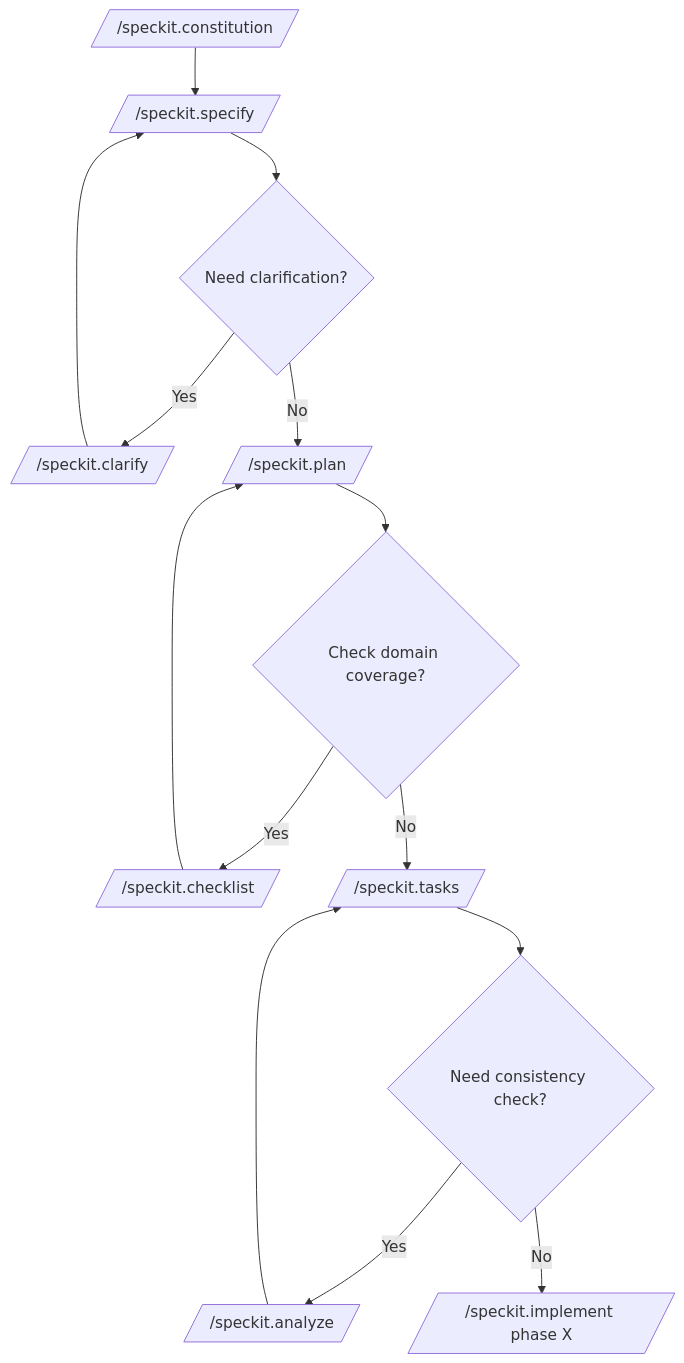
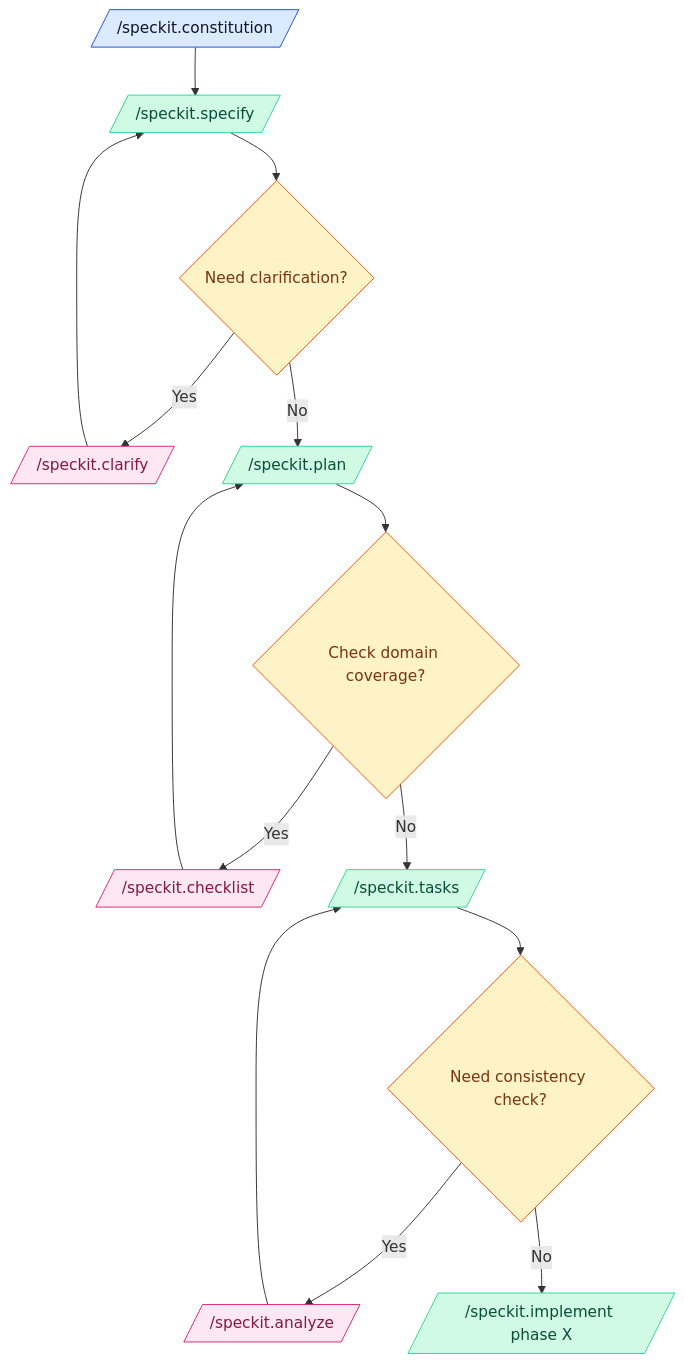
Before and after one commit to stefaniuk/promptfiles-copilot: the diagram in README.md, drawn with Mermaid. The commit also changed other lines of this file, not shown here.

````diff
--- a/README.md
+++ b/README.md
@@ -115,19 +50,29 @@
 ```mermaid
 flowchart TD
   constitution[//speckit.constitution/] --> specify[//speckit.specify/]
 
   specify --> needClarification{Need clarification?}
   needClarification -- Yes --> clarify[//speckit.clarify/]
   clarify --> specify
   needClarification -- No --> plan[//speckit.plan/]
 
   plan --> domainCoverage{Check domain coverage?}
   domainCoverage -- Yes --> checklist[//speckit.checklist/]
   checklist --> plan
   domainCoverage -- No --> tasks[//speckit.tasks/]
 
   tasks --> consistency{Need consistency check?}
   consistency -- Yes --> analyze[//speckit.analyze/]
   analyze --> tasks
   consistency -- No --> implement[//speckit.implement phase X/]
+
+  classDef source fill:#dbeafe,stroke:#1d4ed8,color:#0f172a,stroke-width:1px;
+  classDef action fill:#d1fae5,stroke:#34d399,color:#064e3b,stroke-width:1px;
+  classDef question fill:#fef3c7,stroke:#ea580c,color:#78350f,stroke-width:1px;
+  classDef review fill:#fce7f3,stroke:#db2777,color:#831843,stroke-width:1px;
+
+  class constitution source;
+  class specify,plan,tasks,implement action;
+  class needClarification,domainCoverage,consistency question;
+  class clarify,checklist,analyze review;
 ```
````
